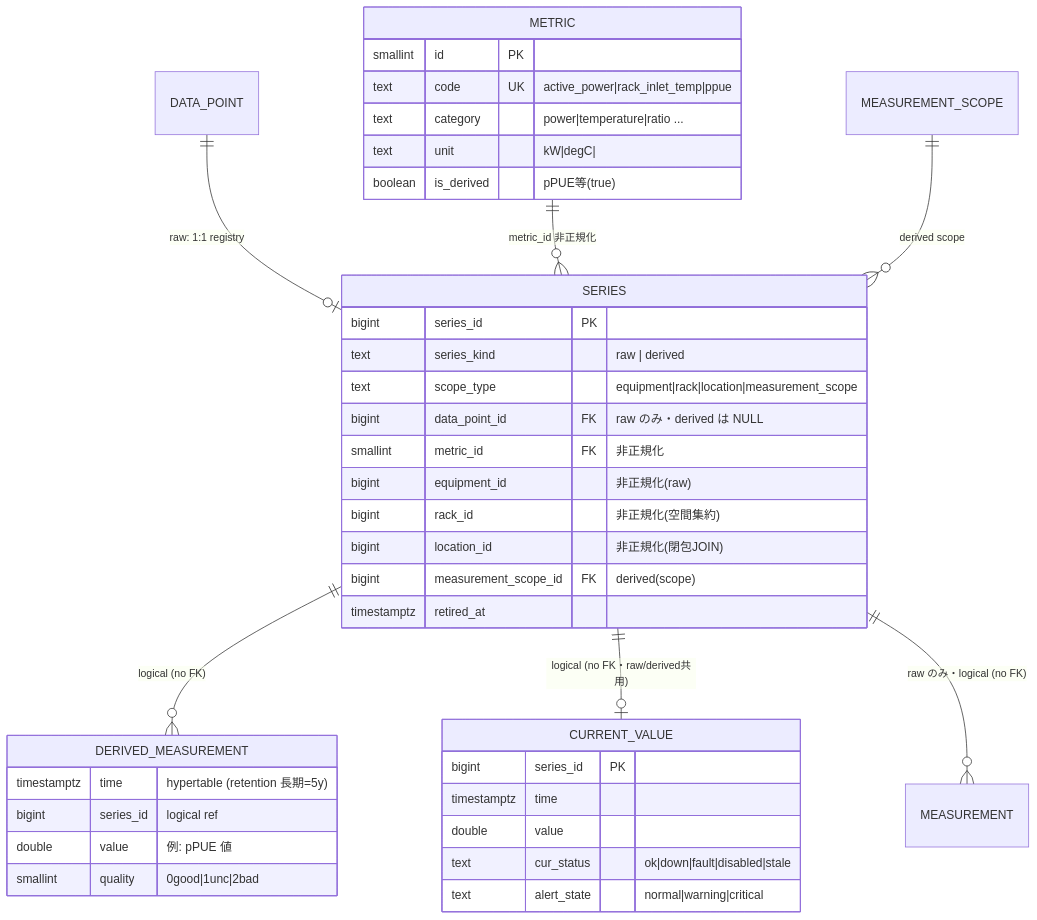
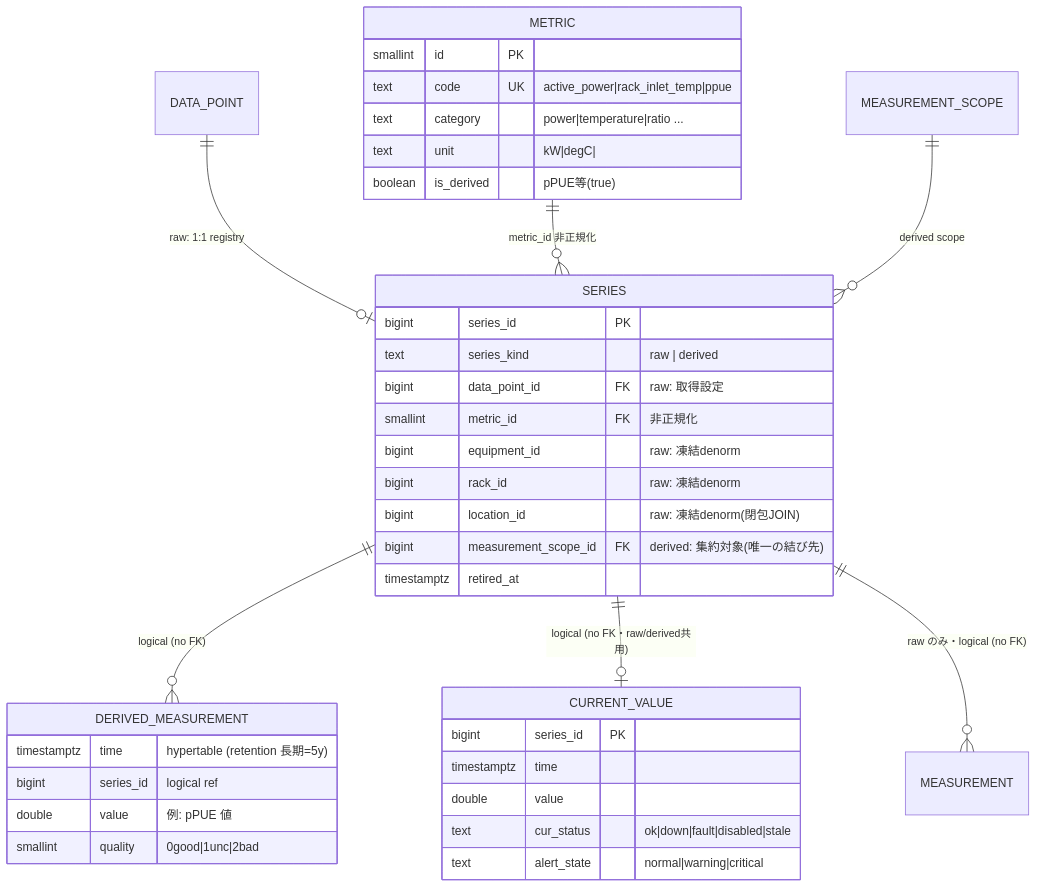
The fourth of 5 diagrams in 10-measurement-scope-derived-metrics.md (hn-11/dcim-schema-design), drawn with Mermaid before and after one commit. The commit also changed other lines of this file and 3 other files, not shown here.

First line of the commit message:
refactor(schema): series の多態 scope_type を撤去し集約対象を measurement_scope に一本化 + 解説章13

````diff
--- a/10-measurement-scope-derived-metrics.md
+++ b/10-measurement-scope-derived-metrics.md
@@ -122,42 +122,41 @@
 ```mermaid
 erDiagram
     DATA_POINT ||--o| SERIES : "raw: 1:1 registry"
     METRIC ||--o{ SERIES : "metric_id 非正規化"
     MEASUREMENT_SCOPE ||--o{ SERIES : "derived scope"
     SERIES ||--o{ DERIVED_MEASUREMENT : "logical (no FK)"
     SERIES ||--o| CURRENT_VALUE : "logical (no FK・raw/derived共用)"
     SERIES ||--o{ MEASUREMENT : "raw のみ・logical (no FK)"
 
     METRIC {
         smallint id PK
         text code UK "active_power|rack_inlet_temp|ppue"
         text category "power|temperature|ratio ..."
         text unit "kW|degC|"
         boolean is_derived "pPUE等(true)"
     }
     SERIES {
         bigint series_id PK
         text series_kind "raw | derived"
-        text scope_type "equipment|rack|location|measurement_scope"
-        bigint data_point_id FK "raw のみ・derived は NULL"
+        bigint data_point_id FK "raw: 取得設定"
         smallint metric_id FK "非正規化"
-        bigint equipment_id "非正規化(raw)"
-        bigint rack_id "非正規化(空間集約)"
-        bigint location_id "非正規化(閉包JOIN)"
-        bigint measurement_scope_id FK "derived(scope)"
+        bigint equipment_id "raw: 凍結denorm"
+        bigint rack_id "raw: 凍結denorm"
+        bigint location_id "raw: 凍結denorm(閉包JOIN)"
+        bigint measurement_scope_id FK "derived: 集約対象(唯一の結び先)"
         timestamptz retired_at
     }
     DERIVED_MEASUREMENT {
         timestamptz time "hypertable (retention 長期=5y)"
         bigint series_id "logical ref"
         double value "例: pPUE 値"
         smallint quality "0good|1unc|2bad"
     }
     CURRENT_VALUE {
         bigint series_id PK
         timestamptz time
         double value
         text cur_status "ok|down|fault|disabled|stale"
         text alert_state "normal|warning|critical"
     }
 ```
````
